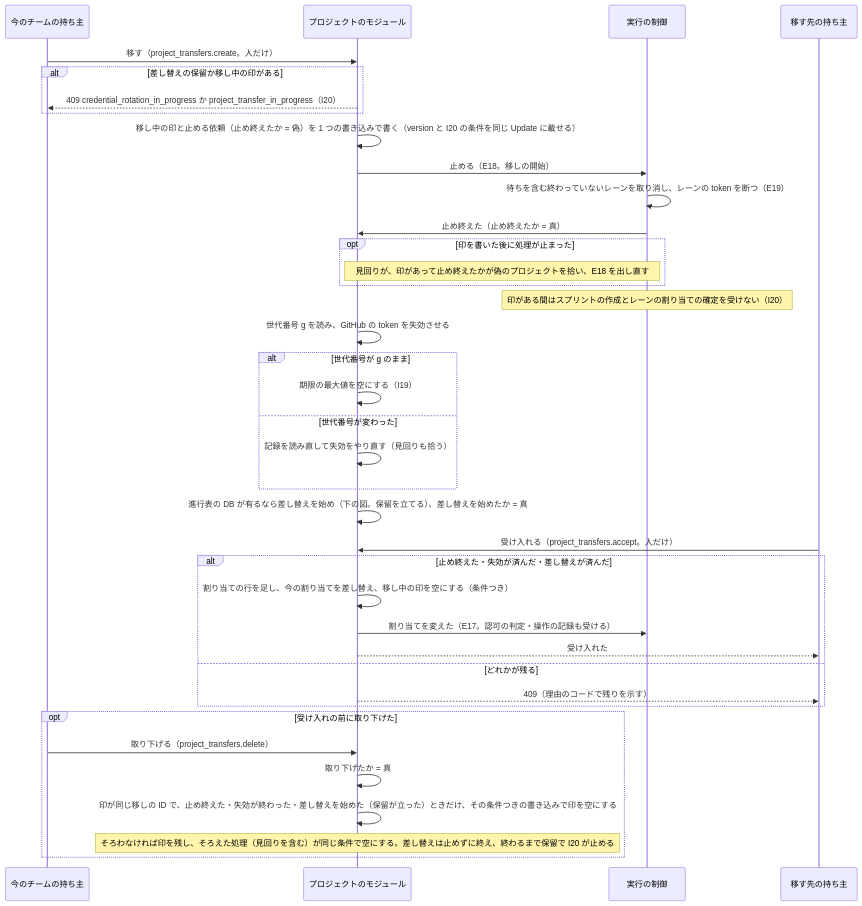
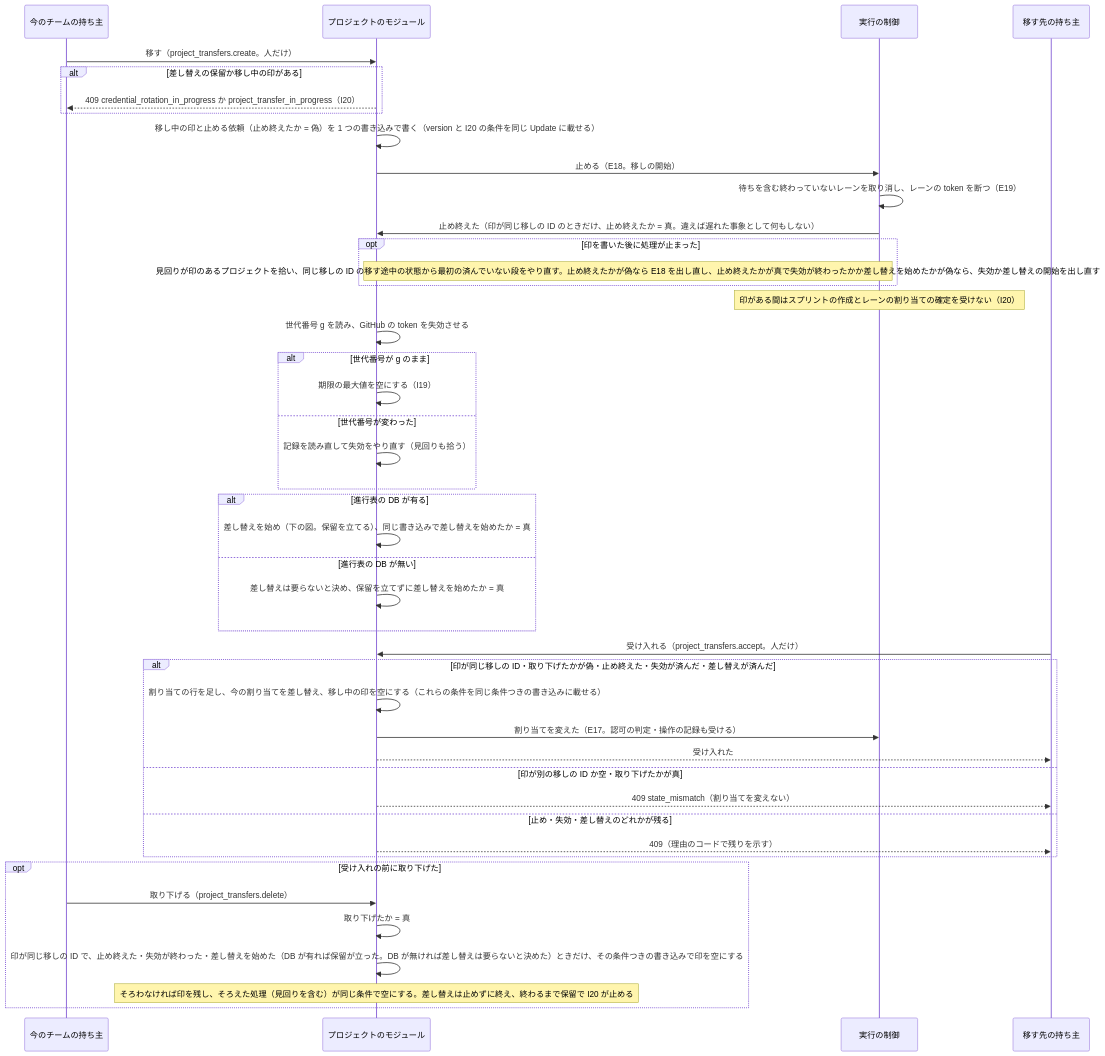
Before and after one commit to devbasex/nd-factory: the seventh of 10 diagrams in issues/issue-32-design.md, drawn with Mermaid. The commit also changed other lines of this file, not shown here.

````diff
--- a/issues/issue-32-design.md
+++ b/issues/issue-32-design.md
@@ -486,40 +486,46 @@
 ```mermaid
 sequenceDiagram
     participant O as 今のチームの持ち主
     participant P as プロジェクトのモジュール
     participant X as 実行の制御
     participant T as 移す先の持ち主
     O->>P: 移す（project_transfers.create。人だけ）
     alt 差し替えの保留か移し中の印がある
         P-->>O: 409 credential_rotation_in_progress か project_transfer_in_progress（I20）
     end
     P->>P: 移し中の印と止める依頼（止め終えたか = 偽）を 1 つの書き込みで書く（version と I20 の条件を同じ Update に載せる）
     P->>X: 止める（E18。移しの開始）
     X->>X: 待ちを含む終わっていないレーンを取り消し、レーンの token を断つ（E19）
-    X->>P: 止め終えた（止め終えたか = 真）
+    X->>P: 止め終えた（印が同じ移しの ID のときだけ、止め終えたか = 真。違えば遅れた事象として何もしない）
     opt 印を書いた後に処理が止まった
-        Note over P,X: 見回りが、印があって止め終えたかが偽のプロジェクトを拾い、E18 を出し直す
+        Note over P,X: 見回りが印のあるプロジェクトを拾い、同じ移しの ID の移す途中の状態から最初の済んでいない段をやり直す。止め終えたかが偽なら E18 を出し直し、止め終えたかが真で失効が終わったかか差し替えを始めたかが偽なら、失効か差し替えの開始を出し直す
     end
     Note over X: 印がある間はスプリントの作成とレーンの割り当ての確定を受けない（I20）
     P->>P: 世代番号 g を読み、GitHub の token を失効させる
     alt 世代番号が g のまま
         P->>P: 期限の最大値を空にする（I19）
     else 世代番号が変わった
         P->>P: 記録を読み直して失効をやり直す（見回りも拾う）
     end
-    P->>P: 進行表の DB が有るなら差し替えを始め（下の図。保留を立てる）、差し替えを始めたか = 真
+    alt 進行表の DB が有る
+        P->>P: 差し替えを始め（下の図。保留を立てる）、同じ書き込みで差し替えを始めたか = 真
+    else 進行表の DB が無い
+        P->>P: 差し替えは要らないと決め、保留を立てずに差し替えを始めたか = 真
+    end
     T->>P: 受け入れる（project_transfers.accept。人だけ）
-    alt 止め終えた・失効が済んだ・差し替えが済んだ
-        P->>P: 割り当ての行を足し、今の割り当てを差し替え、移し中の印を空にする（条件つき）
+    alt 印が同じ移しの ID・取り下げたかが偽・止め終えた・失効が済んだ・差し替えが済んだ
+        P->>P: 割り当ての行を足し、今の割り当てを差し替え、移し中の印を空にする（これらの条件を同じ条件つきの書き込みに載せる）
         P->>X: 割り当てを変えた（E17。認可の判定・操作の記録も受ける）
         P-->>T: 受け入れた
-    else どれかが残る
+    else 印が別の移しの ID か空・取り下げたかが真
+        P-->>T: 409 state_mismatch（割り当てを変えない）
+    else 止め・失効・差し替えのどれかが残る
         P-->>T: 409（理由のコードで残りを示す）
     end
     opt 受け入れの前に取り下げた
         O->>P: 取り下げる（project_transfers.delete）
         P->>P: 取り下げたか = 真
-        P->>P: 印が同じ移しの ID で、止め終えた・失効が終わった・差し替えを始めた（保留が立った）ときだけ、その条件つきの書き込みで印を空にする
+        P->>P: 印が同じ移しの ID で、止め終えた・失効が終わった・差し替えを始めた（DB が有れば保留が立った。DB が無ければ差し替えは要らないと決めた）ときだけ、その条件つきの書き込みで印を空にする
         Note over P: そろわなければ印を残し、そろえた処理（見回りを含む）が同じ条件で空にする。差し替えは止めずに終え、終わるまで保留で I20 が止める
     end
 ```
````
